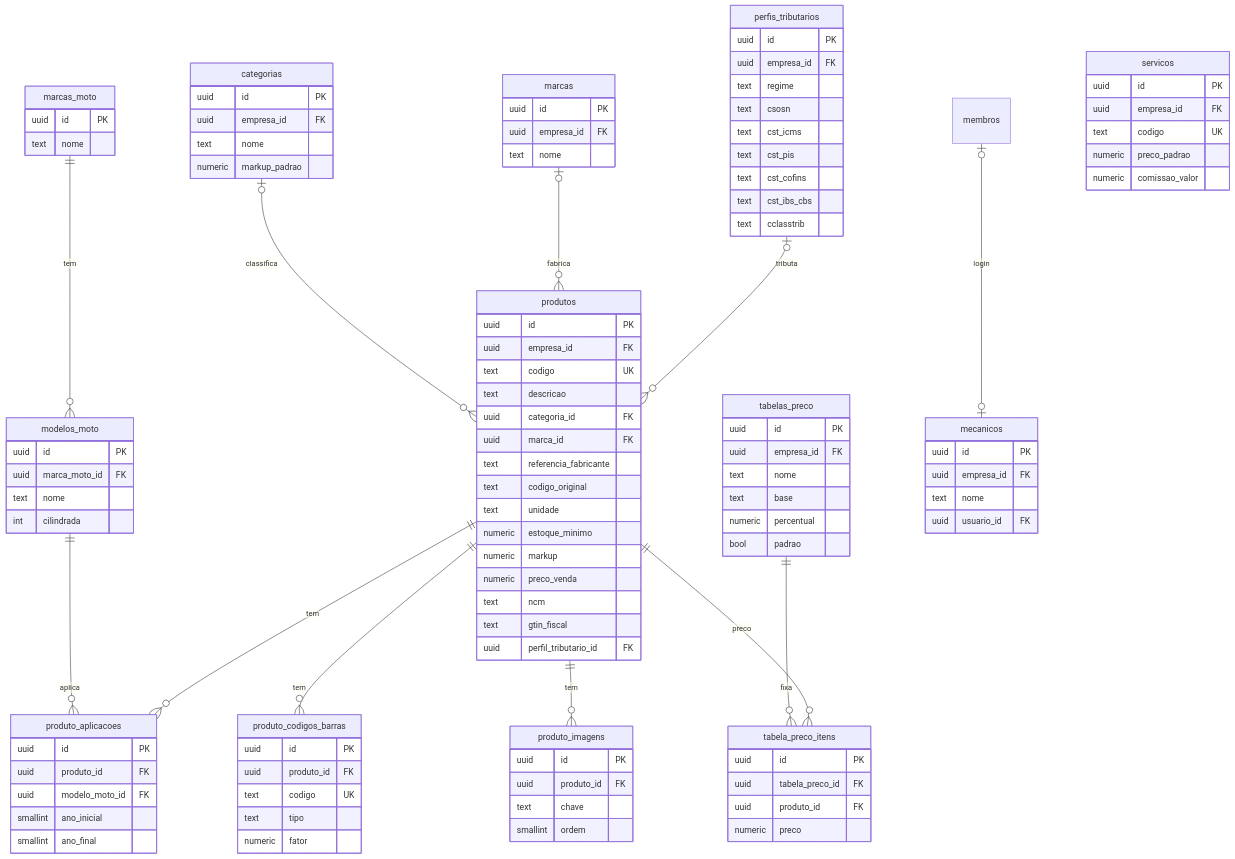
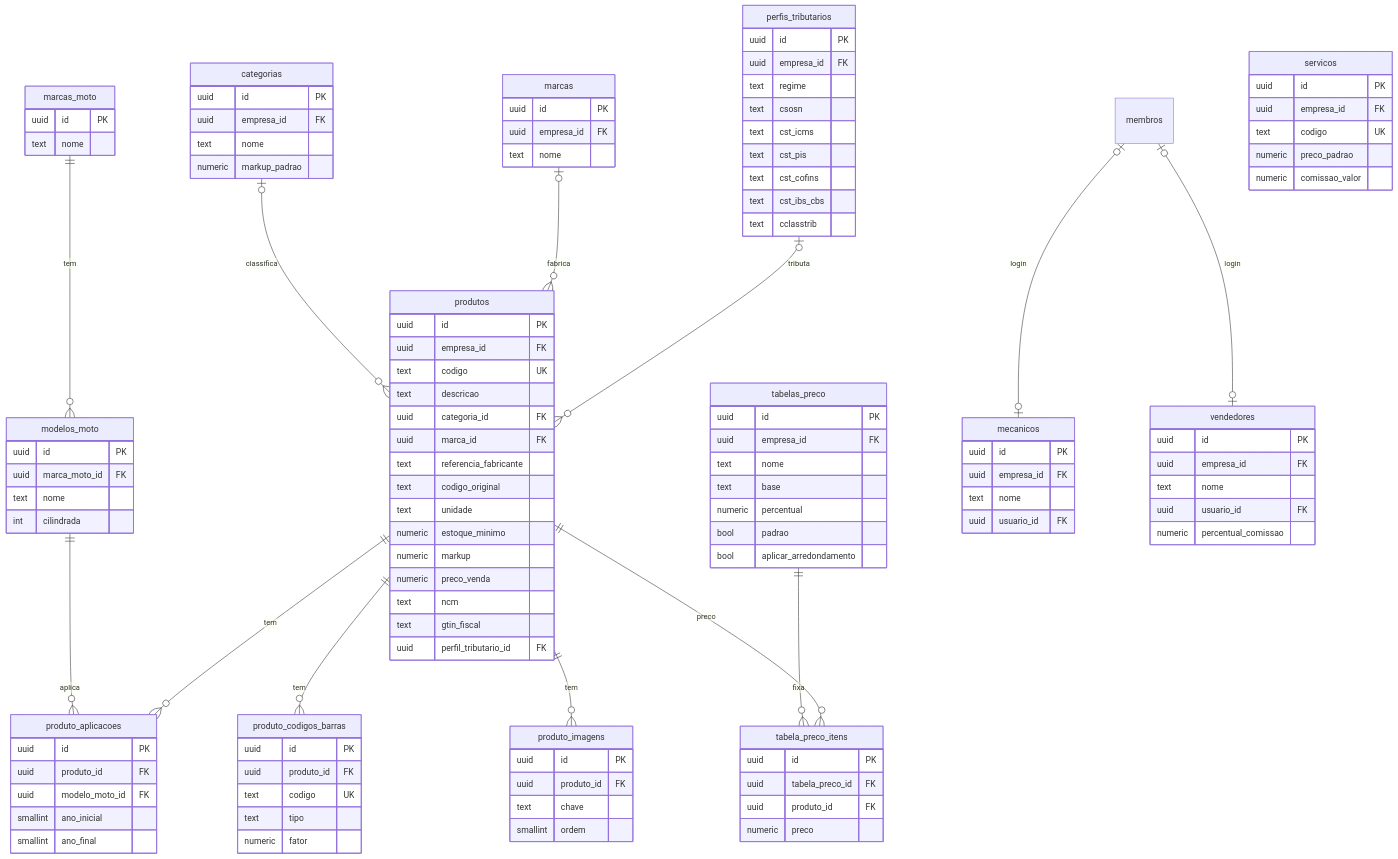
One commit to pcfmello/summer-motos changed the third of 10 diagrams in docs/modelo-dados.md. Above: the diagram before and after it, drawn with Mermaid. The commit also changed other lines of this file and 1 other file, not shown here.

```diff
--- a/docs/modelo-dados.md
+++ b/docs/modelo-dados.md
@@ -1634,6 +1759,7 @@
   tabelas_preco ||--o{ tabela_preco_itens : fixa
   produtos ||--o{ tabela_preco_itens : preco
   membros |o--o| mecanicos : login
+  membros |o--o| vendedores : login
   marcas_moto {
     uuid id PK
     text nome
@@ -1716,6 +1842,13 @@
     text nome
     uuid usuario_id FK
   }
+  vendedores {
+    uuid id PK
+    uuid empresa_id FK
+    text nome
+    uuid usuario_id FK
+    numeric percentual_comissao
+  }
   tabelas_preco {
     uuid id PK
     uuid empresa_id FK
@@ -1723,6 +1856,7 @@
     text base
     numeric percentual
     bool padrao
+    bool aplicar_arredondamento
   }
   tabela_preco_itens {
     uuid id PK
```
